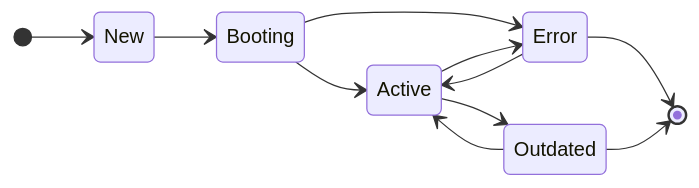
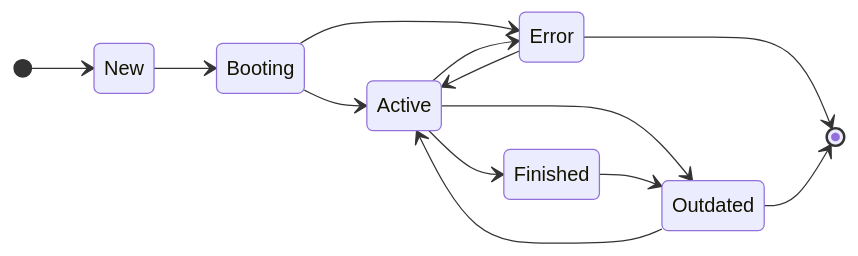
One commit to patchlevel/event-sourcing changed the diagram in docs/pages/projection.md. Above: the diagram before and after it, drawn with Mermaid. The commit also changed other lines of this file and 9 other files, not shown here.

````diff
--- a/docs/pages/projection.md
+++ b/docs/pages/projection.md
@@ -281,14 +320,16 @@
 ``` mermaid
 stateDiagram-v2
     direction LR
     [*] --> New
     New --> Booting
     Booting --> Active
     Booting --> Error
     Active --> Outdated
     Active --> Error
+    Active --> Finished
+    Finished --> Outdated
     Error --> Active
     Error --> [*]
     Outdated --> Active
     Outdated --> [*]
 ```
````
